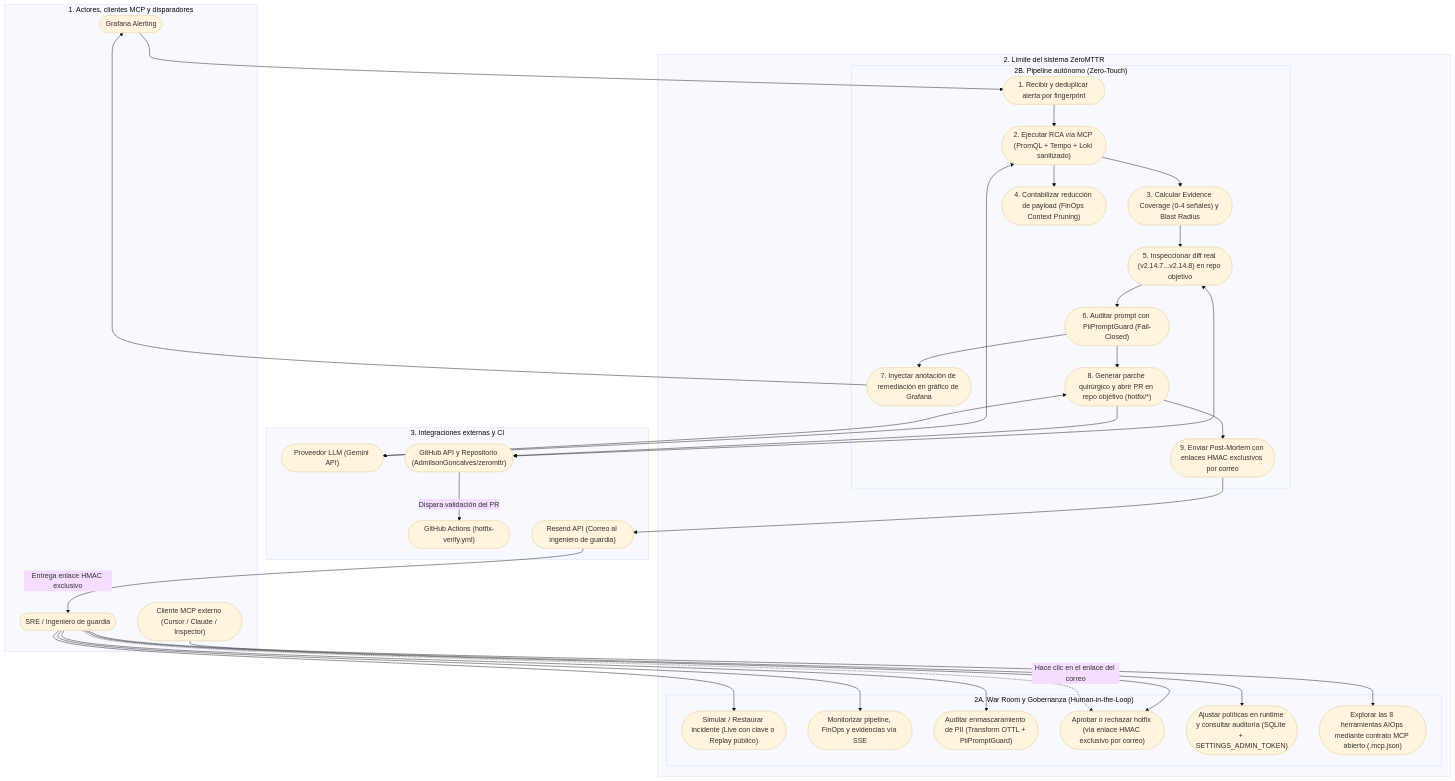
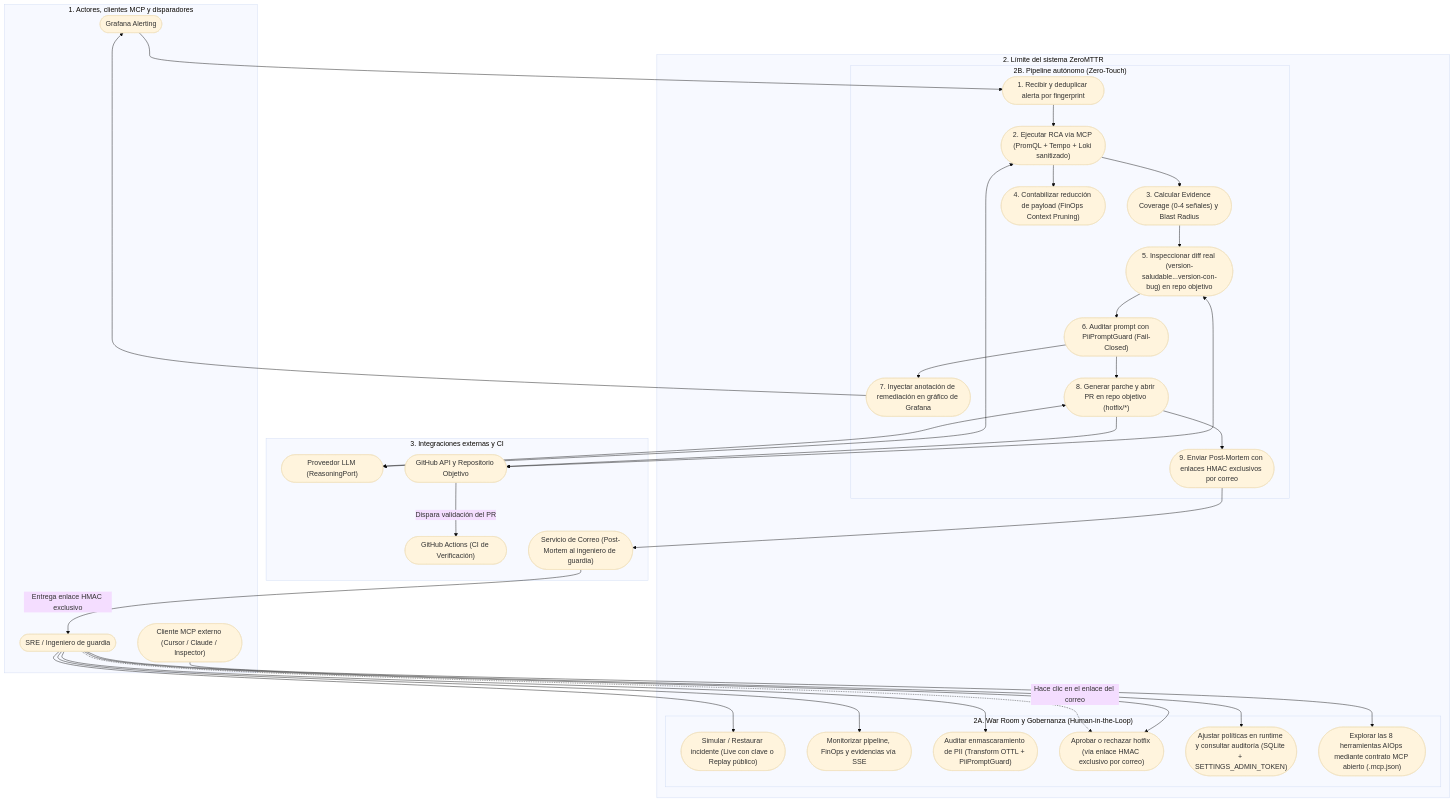
The first of 6 diagrams in docs/es-ES/01_system_diagrams.md (AdmilsonGoncalves/zeromttr), drawn with Mermaid (base theme) before and after one commit. The commit also changed other lines of this file and 75 other files, not shown here.

````diff
--- a/docs/es-ES/01_system_diagrams.md
+++ b/docs/es-ES/01_system_diagrams.md
@@ -16,70 +16,70 @@
 ```mermaid
 flowchart TD
     subgraph Actors["1. Actores, clientes MCP y disparadores"]
         SRE(["SRE / Ingeniero de guardia"])
         EXT_MCP(["Cliente MCP externo (Cursor / Claude / Inspector)"])
         GRAF(["Grafana Alerting"])
     end
 
     subgraph ZeroMTTR_Boundary["2. Límite del sistema ZeroMTTR"]
         subgraph Interactive_Operation["2A. War Room y Gobernanza (Human-in-the-Loop)"]
             UC_SIM(["Simular / Restaurar incidente (Live con clave o Replay público)"])
             UC_MON(["Monitorizar pipeline, FinOps y evidencias vía SSE"])
             UC_PII(["Auditar enmascaramiento de PII (Transform OTTL + PiiPromptGuard)"])
             UC_DEC(["Aprobar o rechazar hotfix (vía enlace HMAC exclusivo por correo)"])
             UC_CFG(["Ajustar políticas en runtime y consultar auditoría (SQLite + SETTINGS_ADMIN_TOKEN)"])
             UC_EXT(["Explorar las 8 herramientas AIOps mediante contrato MCP abierto (.mcp.json)"])
         end
 
         subgraph Autonomous_Pipeline["2B. Pipeline autónomo (Zero-Touch)"]
             UC_ALT(["1. Recibir y deduplicar alerta por fingerprint"])
             UC_RCA(["2. Ejecutar RCA vía MCP (PromQL + Tempo + Loki sanitizado)"])
             UC_COV(["3. Calcular Evidence Coverage (0-4 señales) y Blast Radius"])
             UC_FIN(["4. Contabilizar reducción de payload (FinOps Context Pruning)"])
-            UC_DIFF(["5. Inspeccionar diff real (v2.14.7...v2.14.8) en repo objetivo"])
+            UC_DIFF(["5. Inspeccionar diff real (version-saludable...version-con-bug) en repo objetivo"])
             UC_GUARD(["6. Auditar prompt con PiiPromptGuard (Fail-Closed)"])
             UC_ANN(["7. Inyectar anotación de remediación en gráfico de Grafana"])
-            UC_PR(["8. Generar parche quirúrgico y abrir PR en repo objetivo (hotfix/*)"])
+            UC_PR(["8. Generar parche y abrir PR en repo objetivo (hotfix/*)"])
             UC_NOT(["9. Enviar Post-Mortem con enlaces HMAC exclusivos por correo"])
         end
     end
 
     subgraph External_Providers["3. Integraciones externas y CI"]
-        LLM(["Proveedor LLM (Gemini API)"])
-        GH(["GitHub API y Repositorio (AdmilsonGoncalves/zeromttr)"])
-        GHCI(["GitHub Actions (hotfix-verify.yml)"])
-        RS(["Resend API (Correo al ingeniero de guardia)"])
+        LLM(["Proveedor LLM (ReasoningPort)"])
+        GH(["GitHub API y Repositorio Objetivo"])
+        GHCI(["GitHub Actions (CI de Verificación)"])
+        RS(["Servicio de Correo (Post-Mortem al ingeniero de guardia)"])
     end
 
     %% Acciones del SRE y Cliente MCP externo
     SRE --> UC_SIM
     SRE --> UC_MON
     SRE --> UC_PII
     SRE --> UC_DEC
     SRE --> UC_CFG
     EXT_MCP --> UC_EXT
 
     %% Disparador de Grafana
     GRAF --> UC_ALT
 
     %% Flujo autónomo
     UC_ALT --> UC_RCA
     UC_RCA --> UC_COV
     UC_RCA --> UC_FIN
     UC_COV --> UC_DIFF
     UC_DIFF --> UC_GUARD
     UC_GUARD --> UC_ANN
     UC_GUARD --> UC_PR
     UC_PR --> UC_NOT
 
     %% Integraciones externas
     UC_RCA <--> LLM
     UC_DIFF <--> GH
     UC_ANN --> GRAF
     UC_PR <--> LLM
     UC_PR --> GH
     GH -->|"Dispara validación del PR"| GHCI
     UC_NOT --> RS
     RS -->|"Entrega enlace HMAC exclusivo"| SRE
     SRE -.->|"Hace clic en el enlace del correo"| UC_DEC
 ```
````
